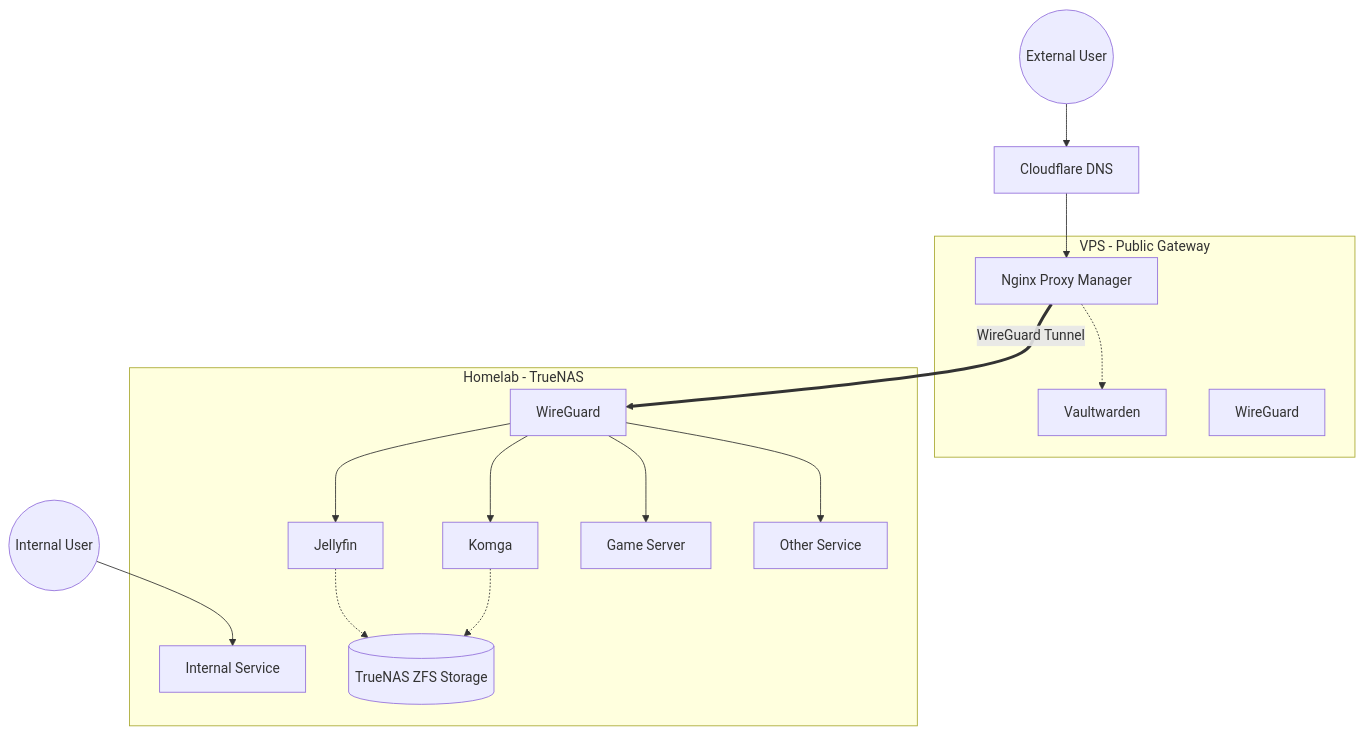
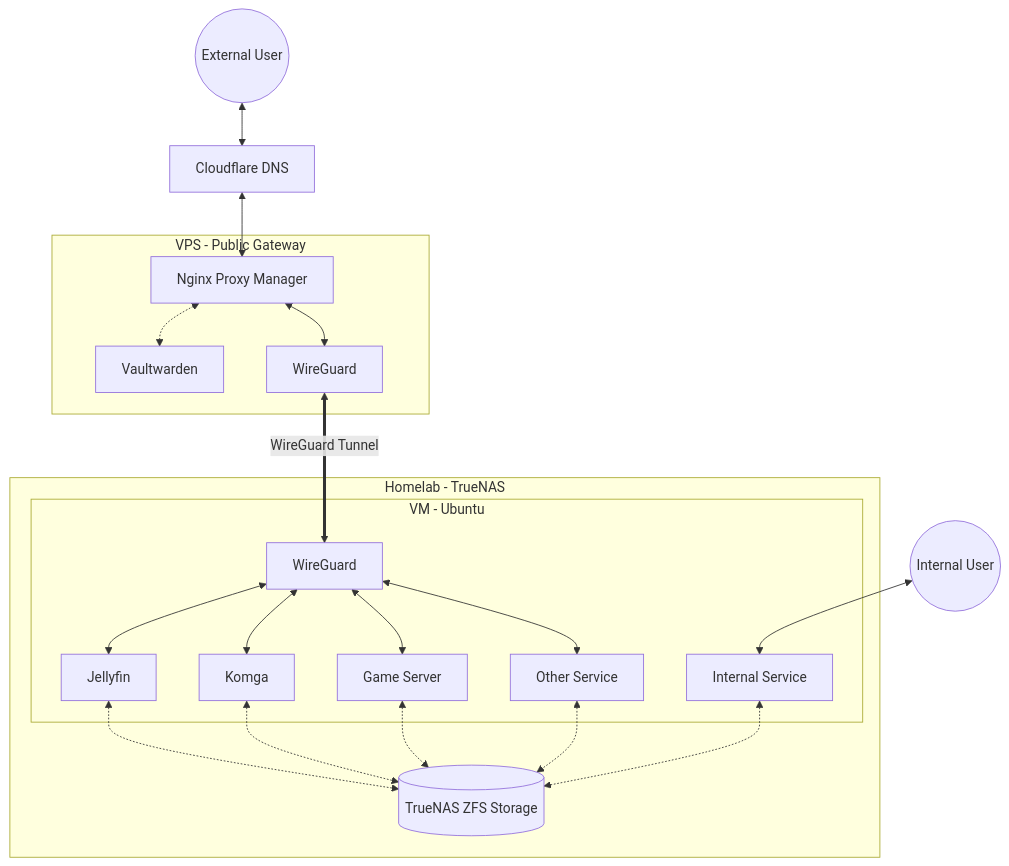
Before and after one commit to RaymondDehenrich/homelab-infrastructure: the diagram in README.md, drawn with Mermaid.

Commit message:
Modified Diagram

````diff
--- a/README.md
+++ b/README.md
@@ -20,39 +20,45 @@
 ```mermaid
 graph TD
     %% Nodes Definition
     User((External User))
     CF[Cloudflare DNS]
     
     subgraph Cloud_VPS [VPS - Public Gateway]
         NPM[Nginx Proxy Manager]
         VW[Vaultwarden]
         WG_S[WireGuard]
     end
 
     subgraph Home_Lab [Homelab - TrueNAS]
-        WG_C[WireGuard]
-        JF[Jellyfin]
-        KG[Komga]
-        MC[Game Server]
-        Other[Other Service]
-        Other2[Internal Service]
+        subgraph VM [VM - Ubuntu]
+            WG_C[WireGuard]
+            JF[Jellyfin]
+            KG[Komga]
+            MC[Game Server]
+            Other[Other Service]
+            Other2[Internal Service]
+        end
         NAS[(TrueNAS ZFS Storage)]
     end
 
     User2((Internal User))
 
     %% Connections
-    User --> CF
-    CF --> NPM
-    NPM -.-> VW
-    NPM ==>|WireGuard Tunnel| WG_C
+    User <--> CF
+    CF <--> NPM
+    NPM <-.-> VW
+    NPM <--> WG_S
+    WG_S <==>|WireGuard Tunnel| WG_C
     
-    WG_C --> JF
-    WG_C --> KG
-    WG_C --> MC
-    WG_C --> Other
+    WG_C <--> JF
+    WG_C <--> KG
+    WG_C <--> MC
+    WG_C <--> Other
     
-    JF -.-> NAS
-    KG -.-> NAS
-    User2-->Other2
+    JF <-.-> NAS
+    KG <-.-> NAS
+    MC <-.-> NAS
+    Other <-.-> NAS
+    Other2 <-.-> NAS
+    User2<-->Other2
 ```
````
